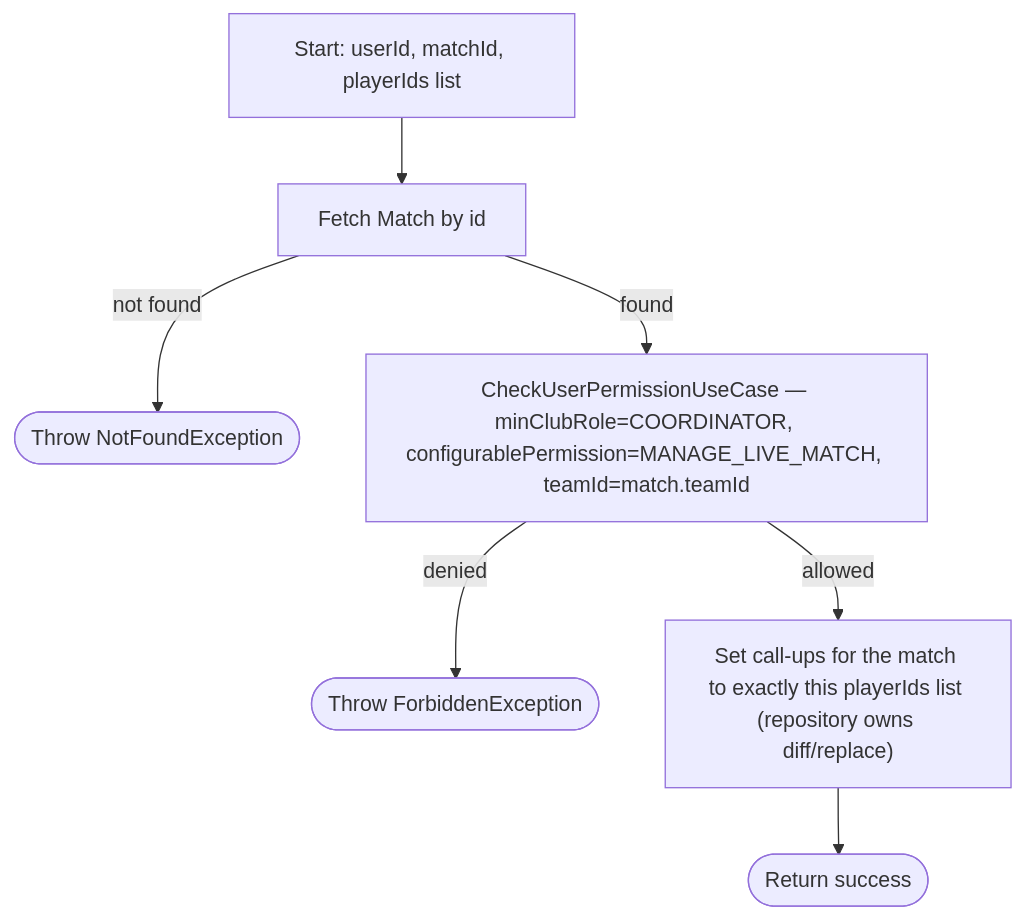
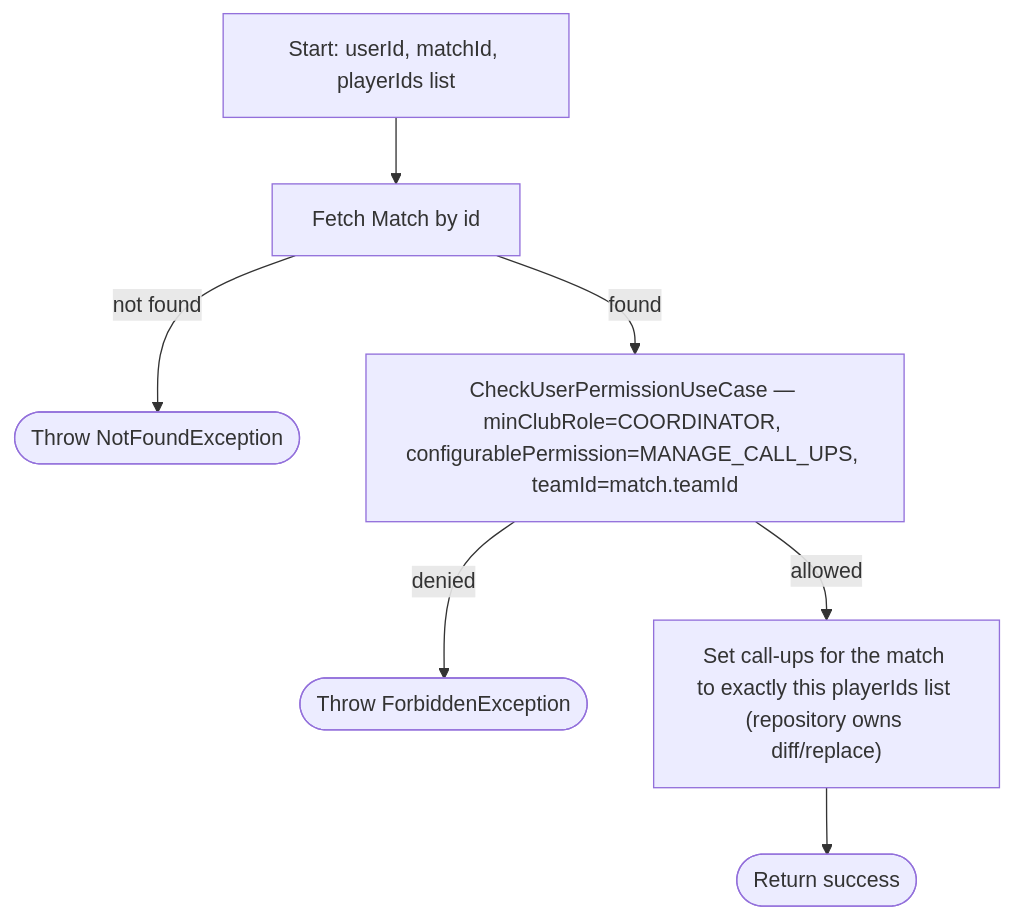
Diagram 41 of 57 in PROCESS_FLOWS.md (ricardofrango/squadify), drawn with Mermaid before and after one commit. The commit also changed other lines of this file and 9 other files, not shown here.

First line of the commit message:
Split call-ups into its own configurable permission

````diff
--- a/PROCESS_FLOWS.md
+++ b/PROCESS_FLOWS.md
@@ -880,9 +880,9 @@
 ```mermaid
 graph TD
     A[Start: userId, matchId, playerIds list] --> B[Fetch Match by id]
     B -- not found --> N(["Throw NotFoundException"])
-    B -- found --> C[CheckUserPermissionUseCase — minClubRole=COORDINATOR, configurablePermission=MANAGE_LIVE_MATCH, teamId=match.teamId]
+    B -- found --> C[CheckUserPermissionUseCase — minClubRole=COORDINATOR, configurablePermission=MANAGE_CALL_UPS, teamId=match.teamId]
     C -- denied --> F(["Throw ForbiddenException"])
     C -- allowed --> D["Set call-ups for the match to exactly this playerIds list (repository owns diff/replace)"]
     D --> Z(["Return success"])
 ```
````
